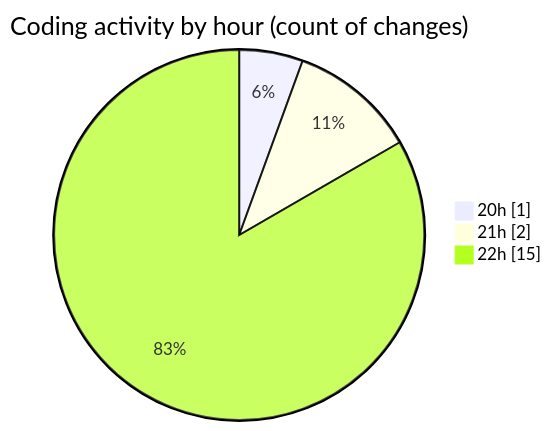
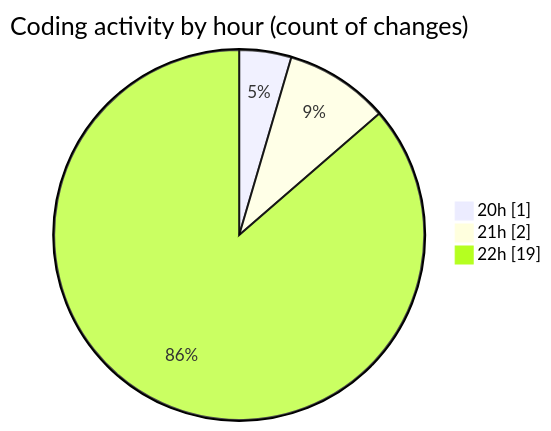
The second of 2 diagrams in 2025-02-18/myws__workspace_/README.md (MatusMokan/code-tracking), drawn with Mermaid before and after one commit. The commit also changed other lines of this file and 1 other file, not shown here.

````diff
--- a/2025-02-18/myws__workspace_/README.md
+++ b/2025-02-18/myws__workspace_/README.md
@@ -36,7 +36,7 @@
 ```mermaid
 pie showData
 title Coding activity by hour (count of changes)
 "20h" : 1
 "21h" : 2
-"22h" : 15
+"22h" : 19
 ```
````
